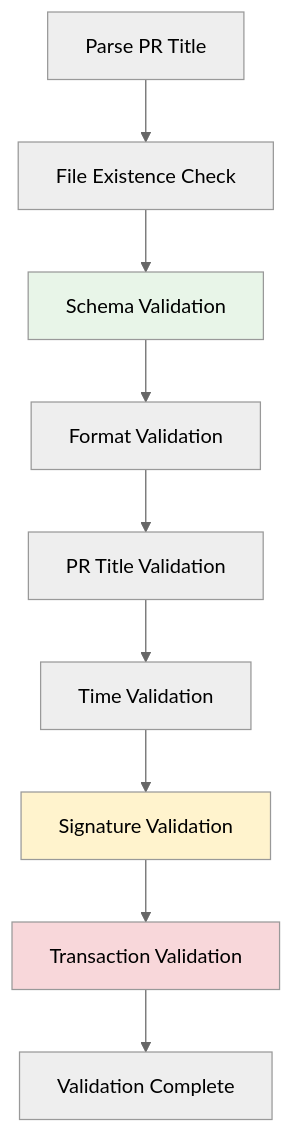
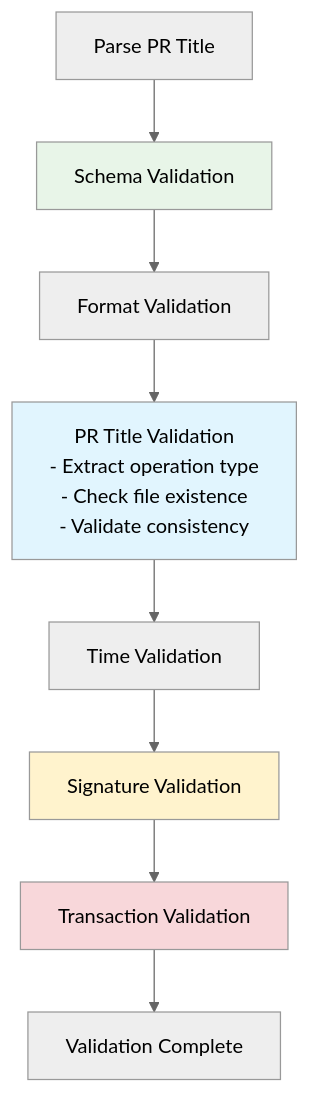
The diagram in docs/validation-guide.md (zzooppii/dao-agenda-metadata-repository), drawn with Mermaid (neutral theme) before and after one commit. The commit also changed other lines of this file, not shown here.

First line of the commit message:
docs: align validation flow with actual implementation

````diff
--- a/docs/validation-guide.md
+++ b/docs/validation-guide.md
@@ -19,15 +19,15 @@
 ```mermaid
 graph TD
-    A[Parse PR Title] --> B[File Existence Check]
-    B --> C[Schema Validation]
-    C --> D[Format Validation]
-    D --> E[PR Title Validation]
-    E --> F[Time Validation]
-    F --> G[Signature Validation]
-    G --> H[Transaction Validation]
-    H --> I[Validation Complete]
+    A[Parse PR Title] --> B[Schema Validation]
+    B --> C[Format Validation]
+    C --> D[PR Title Validation<br/>- Extract operation type<br/>- Check file existence<br/>- Validate consistency]
+    D --> E[Time Validation]
+    E --> F[Signature Validation]
+    F --> G[Transaction Validation]
+    G --> H[Validation Complete]
 
-    style C fill:#e8f5e8
-    style G fill:#fff3cd
-    style H fill:#f8d7da
+    style B fill:#e8f5e8
+    style D fill:#e1f5fe
+    style F fill:#fff3cd
+    style G fill:#f8d7da
 ```
````
